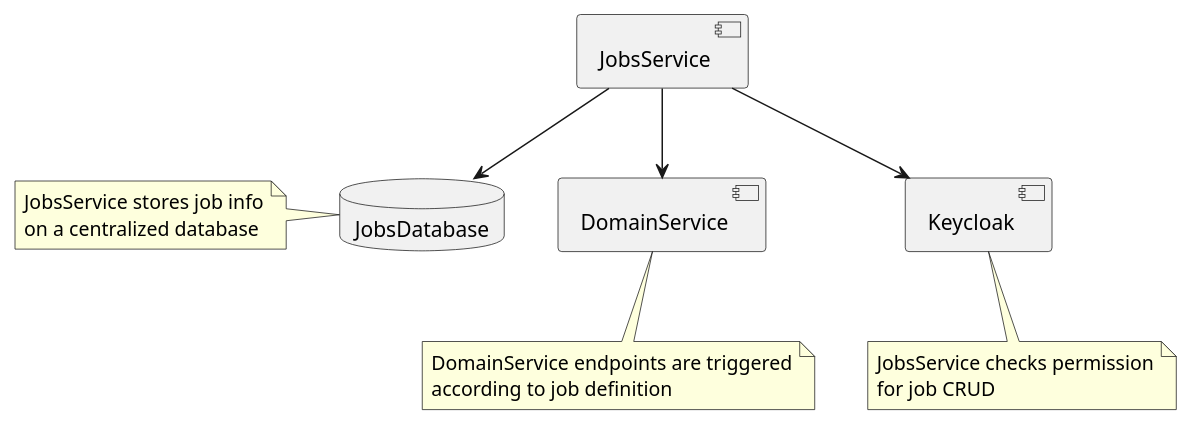
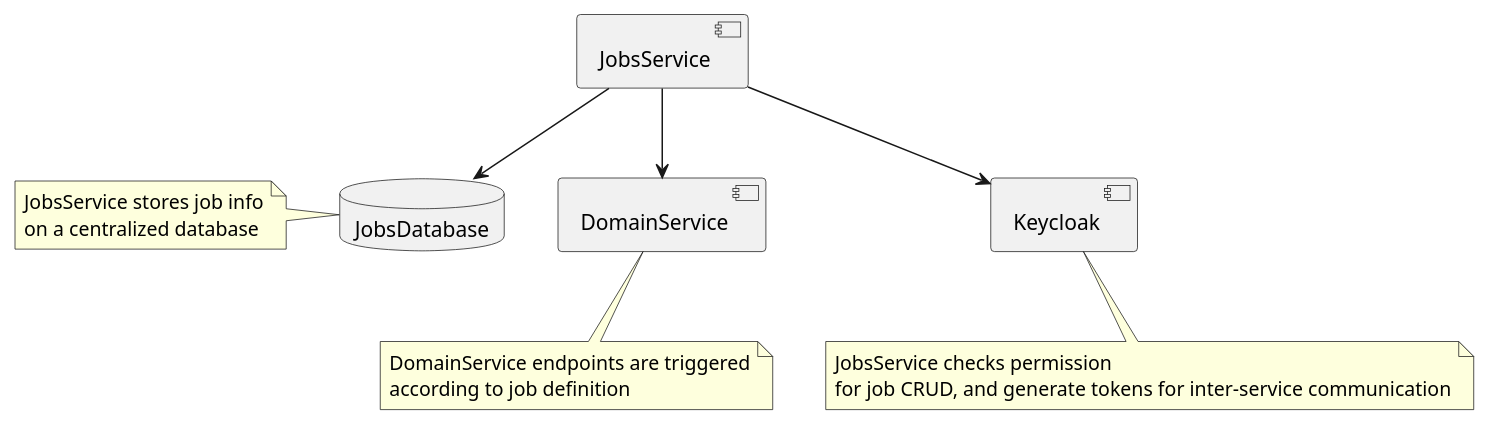
Before and after one commit to ricardobaumann/job-scheduler: the diagram in diagrams/jobs-service-component.puml, drawn with PlantUML. The commit also changed 9 other files, not shown here.

```diff
--- a/diagrams/jobs-service-component.puml
+++ b/diagrams/jobs-service-component.puml
@@ -1,25 +1,25 @@
 @startuml
 
 [JobsService] --> JobsDatabase
 note left of JobsDatabase
     JobsService stores job info
     on a centralized database
 end note
 
 [JobsService] --> [DomainService]
 note bottom of [DomainService]
     DomainService endpoints are triggered
     according to job definition
 end note
 
 [JobsService] --> [Keycloak]
 note bottom of [Keycloak]
     JobsService checks permission
-    for job CRUD
+    for job CRUD, and generate tokens for inter-service communication
 end note
 
 
 database JobsDatabase {
 }
 
 @enduml
```
